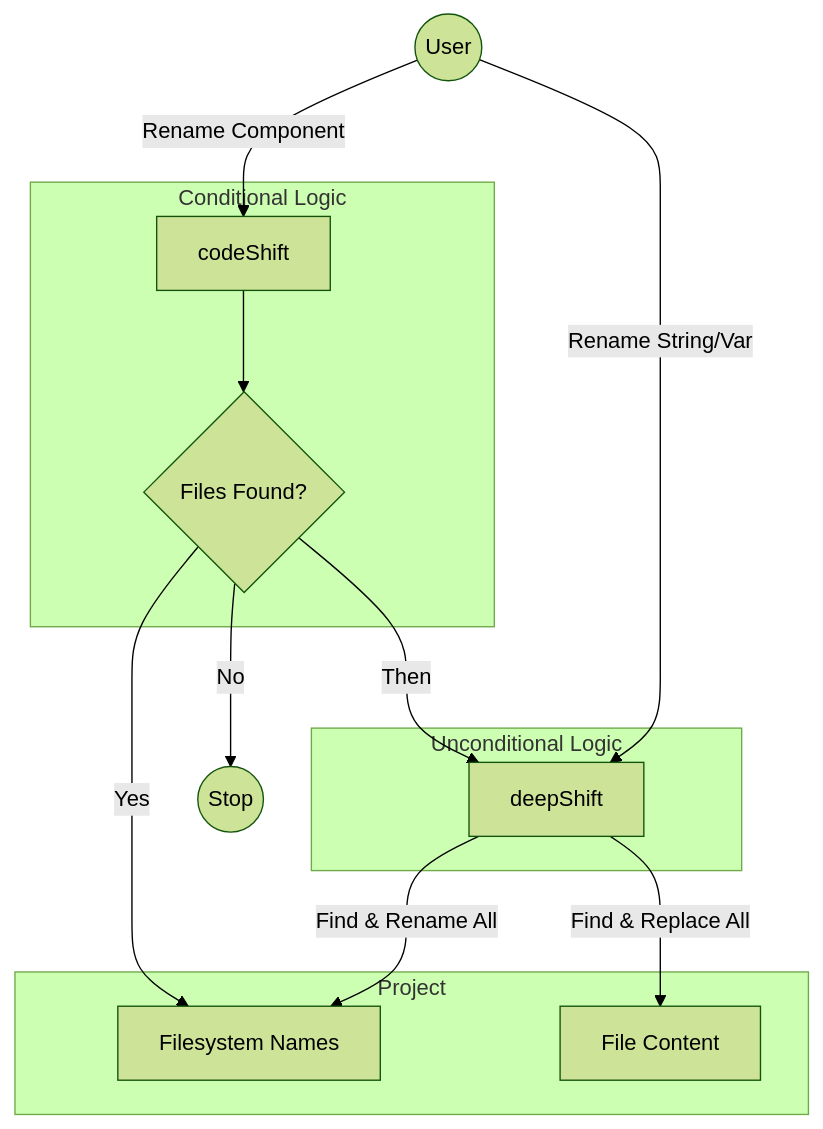
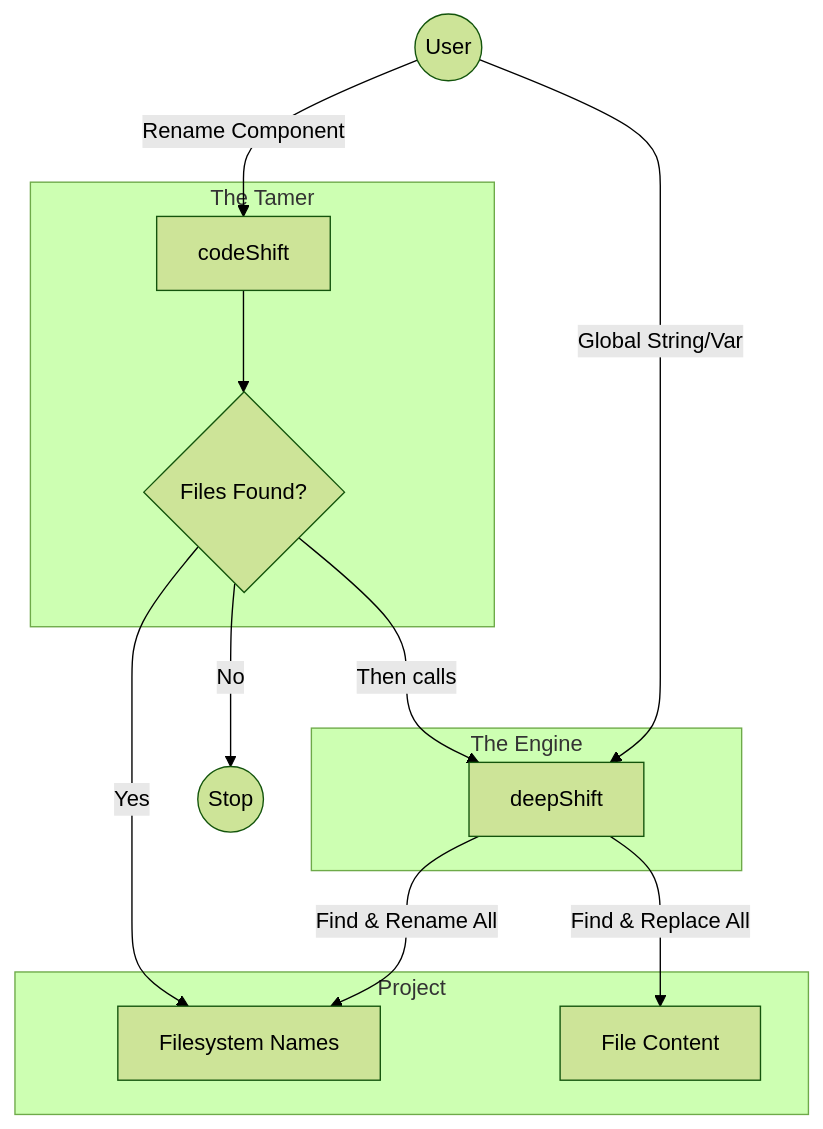
The diagram in README.md (311ecode/deepShift), drawn with Mermaid (forest theme) before and after one commit. The commit also changed other lines of this file, not shown here.

First line of the commit message:
Rename codeShift to DeepSeek and clarify tool roles

````diff
--- a/README.md
+++ b/README.md
@@ -49,30 +50,30 @@
 ```mermaid
 graph TD
     User((User))
     
-    subgraph "Conditional Logic"
+    subgraph "The Engine"
+        DS[deepShift]
+    end
+    
+    subgraph "The Tamer"
         CS[codeShift]
         Condition{Files Found?}
     end
-    
-    subgraph "Unconditional Logic"
-        DS[deepShift]
-    end
-    
+
     subgraph Project
         FS[Filesystem Names]
         Txt[File Content]
     end
 
-    %% codeShift Path
+    %% deepShift Path (Direct)
+    User -->|Global String/Var| DS
+    DS -- "Find & Replace All" --> Txt
+    DS -- "Find & Rename All" --> FS
+
+    %% codeShift Path (Targeted)
     User -->|Rename Component| CS
     CS --> Condition
     Condition -- Yes --> FS
-    Condition -- Then --> DS
+    Condition -- Then calls --> DS
     Condition -- No --> Stop((Stop))
-
-    %% deepShift Path
-    User -->|Rename String/Var| DS
-    DS -- "Find & Replace All" --> Txt
-    DS -- "Find & Rename All" --> FS
 ```
````
